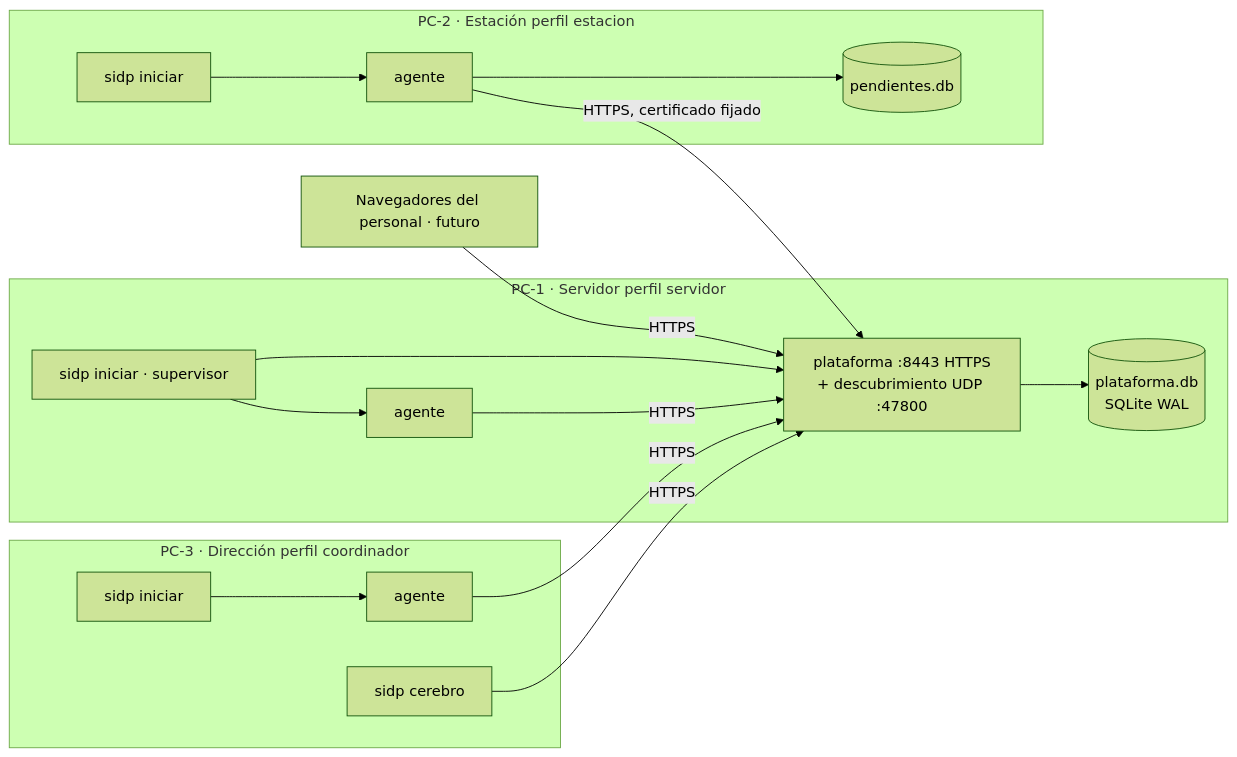
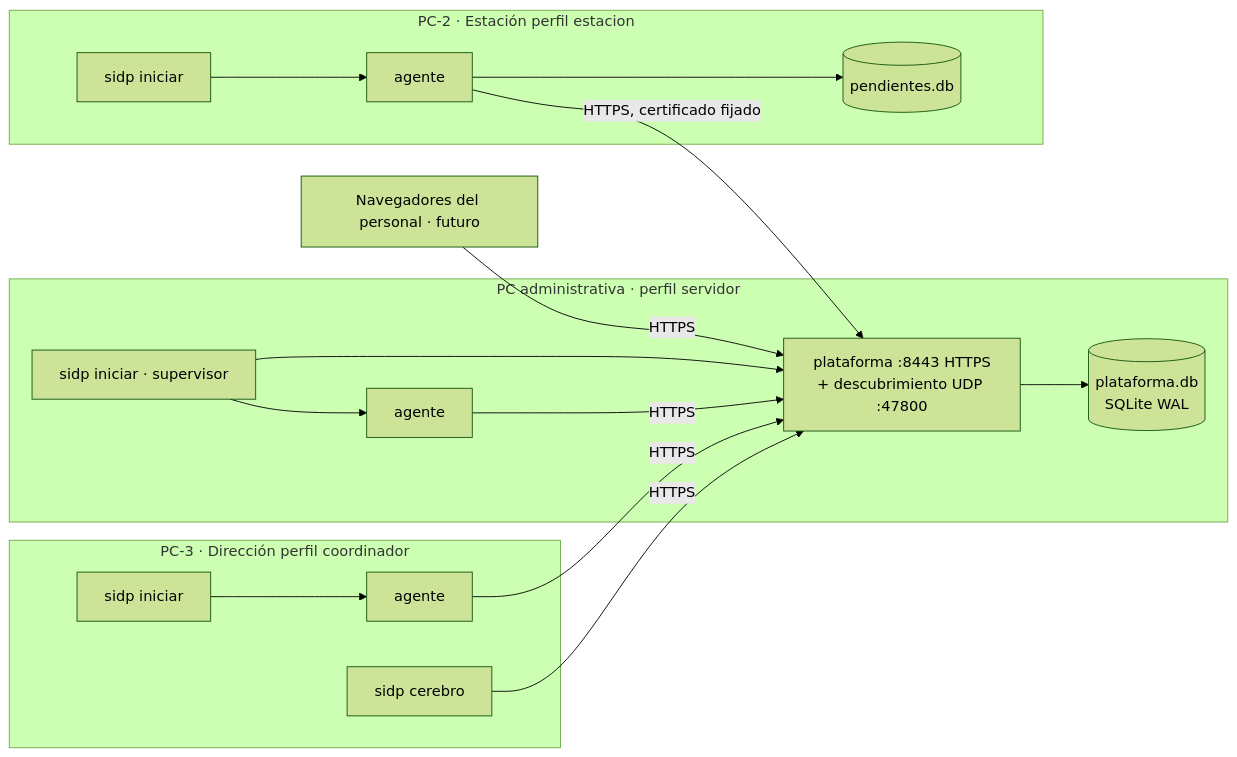
One commit to Maximiliano-cabello-mata/sidp-core changed the first of 3 diagrams in docs/arquitectura.md. Above: the diagram before and after it, drawn with Mermaid (forest theme). The commit also changed other lines of this file and 16 other files, not shown here.

````diff
--- a/docs/arquitectura.md
+++ b/docs/arquitectura.md
@@ -34,20 +35,20 @@
 ```mermaid
 flowchart LR
-    subgraph S[PC-1 · Servidor  perfil servidor]
+    subgraph S[PC administrativa · perfil servidor]
       SUP1[sidp iniciar · supervisor] --> PLA[plataforma :8443 HTTPS<br/>+ descubrimiento UDP :47800]
       SUP1 --> AG1[agente]
       PLA --> DB[(plataforma.db<br/>SQLite WAL)]
     end
     subgraph E[PC-2 · Estación  perfil estacion]
       SUP2[sidp iniciar] --> AG2[agente] --> P2[(pendientes.db)]
     end
     subgraph C[PC-3 · Dirección  perfil coordinador]
       SUP3[sidp iniciar] --> AG3[agente]
       CER[sidp cerebro]
     end
     AG1 -->|HTTPS| PLA
     AG2 -->|HTTPS, certificado fijado| PLA
     AG3 -->|HTTPS| PLA
     CER -->|HTTPS| PLA
     NAV[Navegadores del personal · futuro] -->|HTTPS| PLA
 ```
````
